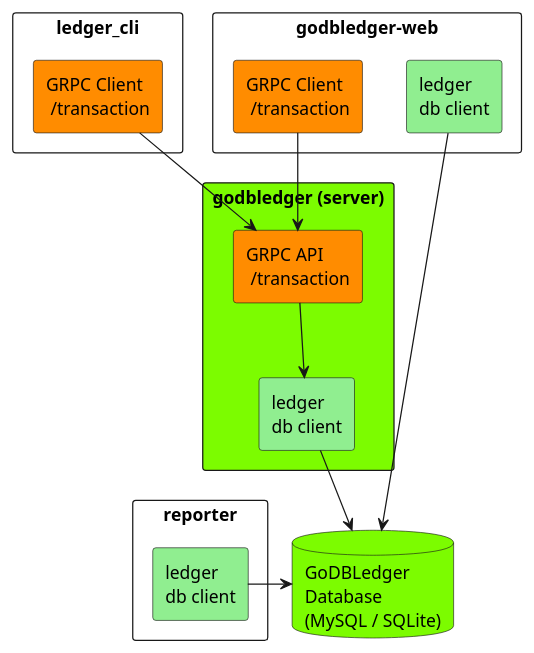
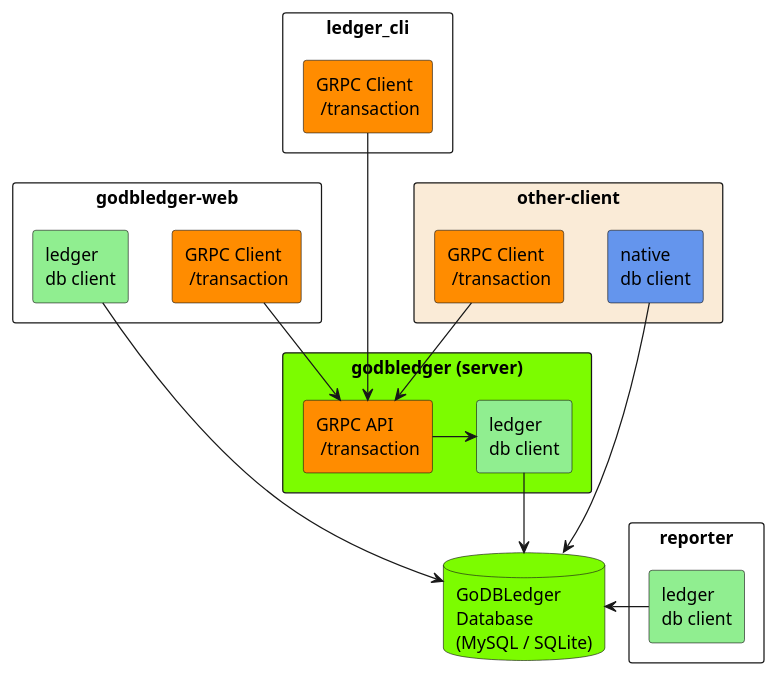
One commit to davidalpert/godbledger changed the diagram in doc/architecture.puml. Above: the diagram before and after it, drawn with PlantUML. The commit also changed 1 other file, not shown here.

```diff
--- a/doc/architecture.puml
+++ b/doc/architecture.puml
@@ -1,69 +1,82 @@
 @startuml
 
 ' GoDBLedger provides an API for data entry ensuring that
 '            data entered into the underlying database are 
 '            normalized into a structured schema
 rectangle godbledgerServer as "godbledger (server)" #LawnGreen {
   rectangle serverDBClient as "ledger\ndb client" #LightGreen
   rectangle transactionAPI as "GRPC API\n /transaction" #Darkorange
 }
 
 ' GoDBLedger database exposes the ledger data for consumption
 '            by a reporter client
 database db as "GoDBLedger\nDatabase\n(MySQL / SQLite)" #LawnGreen
 
 ' ledger_cli is a sample CLI client which demonstrates using the
 '            Transaction GPRC API to enter a double-entry style
 '            transaction into the system
 rectangle ledger_cli as "ledger_cli" {
   rectangle ledgerCLITransactionClient as "GRPC Client\n /transaction" #Darkorange
 }
 
 ' reporter is a sample CLI client which can render a few simple
 '          financial reports directly from the underlying database
 rectangle reporter as "reporter" {
   rectangle reporterDBClient as "ledger\ndb client" #LightGreen
 }
 
 ' godbledger-web is an example of an independent web UI client
 '                which provides read/write access over top of
 '                the godbledger financial system
 rectangle godbledgerWeb as "godbledger-web" {
   rectangle webDBClient as "ledger\ndb client" #LightGreen
   rectangle webTransactionClient as "GRPC Client\n /transaction" #Darkorange
 }
 
+' other-client is an example of another independent client app
+'              which provides read/write access over top of
+'              the godbledger financial system
+rectangle otherClient as "other-client" #AntiqueWhite {
+  rectangle otherDBClient as "native\ndb client" #CornflowerBlue
+  rectangle otherTransactionClient as "GRPC Client\n /transaction" #Darkorange
+}
+
 ' ' uncomment these lines to show that the transaction API and Client code
 ' ' is generated from a comon protobuf transaction definition
 ' rectangle protoTransaction as "protobuf:\n /transaction"
 ' protoTransaction ---> transactionAPI
 ' protoTransaction -up-> ledgerCLITransactionClient
 ' protoTransaction -up-> webTransactionClient
+' protoTransaction -up-> otherTransactionClient
 
 ' godbledger (server) talks directly to the database
 ' and should be a proxy for all calls which send commands
 ' (i.e. writes) into the system
 serverDBClient --> db
 
 ' ledger_cli talks only to the server API to enter transactions
-ledgerCLITransactionClient --> transactionAPI
+ledgerCLITransactionClient ---> transactionAPI
 
 ' internally (inside the server) the transaction API uses the
 ' server's DB client to write transactions into the database
-transactionAPI --> serverDBClient
+transactionAPI -right-> serverDBClient
 
 ' reporter talks directly to the database
 ' (read-only access should be sufficient)
-reporterDBClient -right-> db
+reporterDBClient -right--> db
 
 ' a web client can import the godbledger 'ledger' package
 ' to talk directly to the ledger database using the server's
 ' ledger database connection logic
 webDBClient --> db
 
 ' a web client can also import the server's GRPC clients (e.g
 ' /transaction) and use them to send new transactions into the
 ' system
 webTransactionClient --> transactionAPI
 
+' another client could use the 
+otherDBClient --> db
+otherTransactionClient --> transactionAPI
+
 @enduml
```
